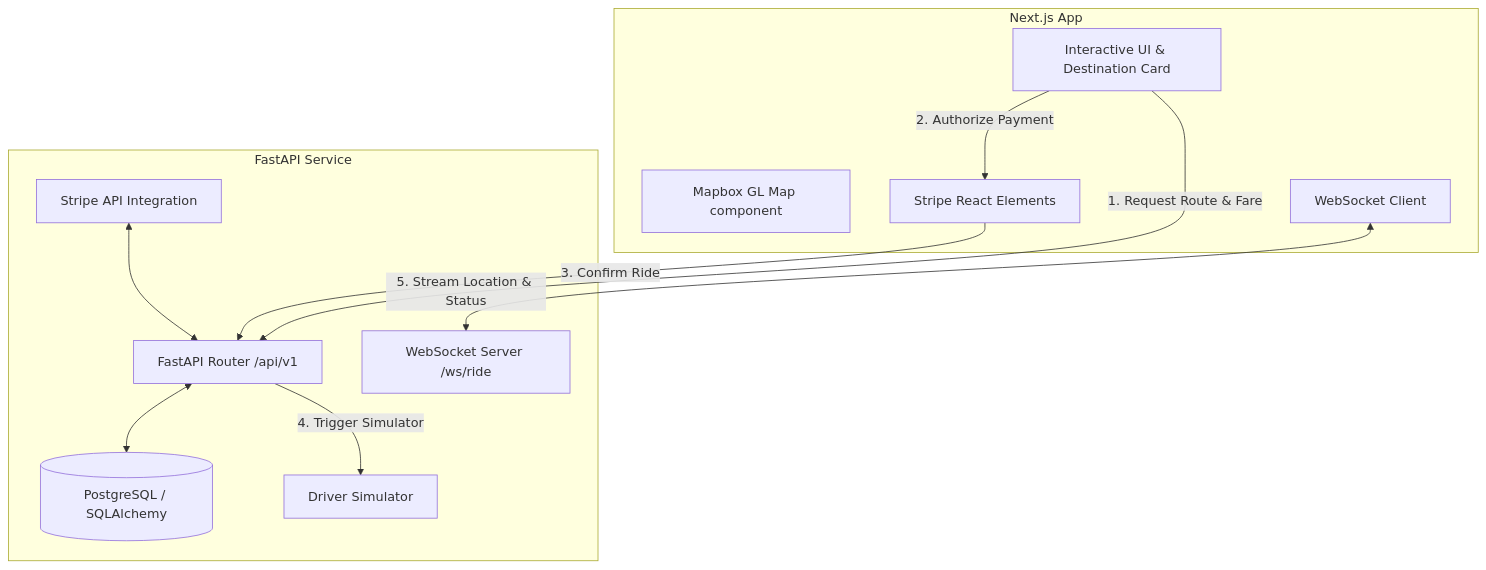
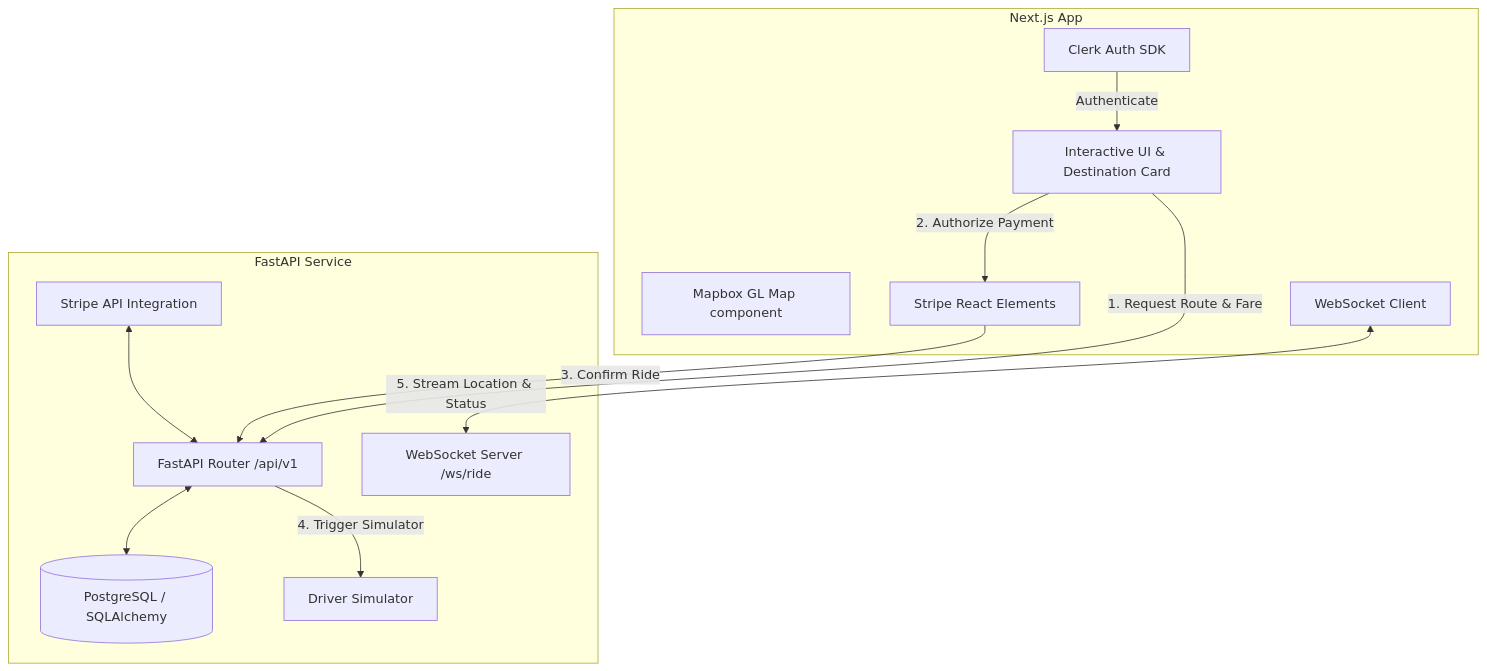
One commit to codex-blip/RouteWise changed the diagram in README.md. Above: the diagram before and after it, drawn with Mermaid. The commit also changed other lines of this file, not shown here.

````diff
--- a/README.md
+++ b/README.md
@@ -22,25 +24,27 @@
 ```mermaid
 graph TD
     subgraph Frontend [Next.js App]
         UI[Interactive UI & Destination Card]
         Map[Mapbox GL Map component]
         Stripe[Stripe React Elements]
         WS_Client[WebSocket Client]
+        Clerk_Client[Clerk Auth SDK]
     end
 
     subgraph Backend [FastAPI Service]
         API[FastAPI Router /api/v1]
         WS_Server[WebSocket Server /ws/ride]
         DB[(PostgreSQL / SQLAlchemy)]
         Payment[Stripe API Integration]
         Sim[Driver Simulator]
     end
 
+    Clerk_Client -->|Authenticate| UI
     UI -->|1. Request Route & Fare| API
     UI -->|2. Authorize Payment| Stripe
     Stripe -->|3. Confirm Ride| API
     API -->|4. Trigger Simulator| Sim
     WS_Client <-->|5. Stream Location & Status| WS_Server
     API <--> DB
     Payment <--> API
 ```
````
